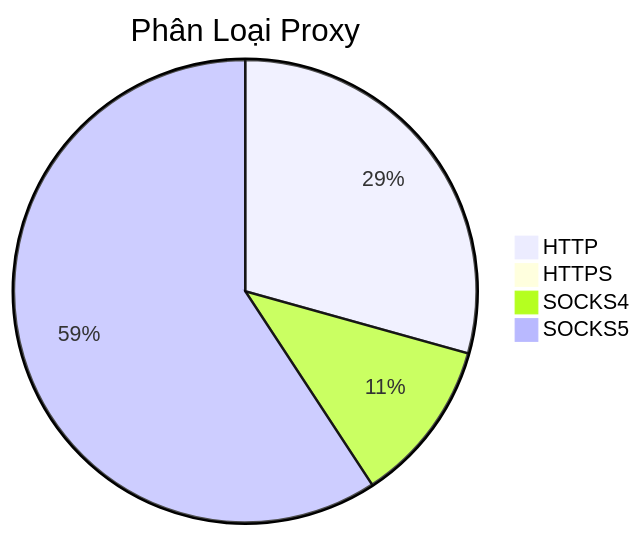
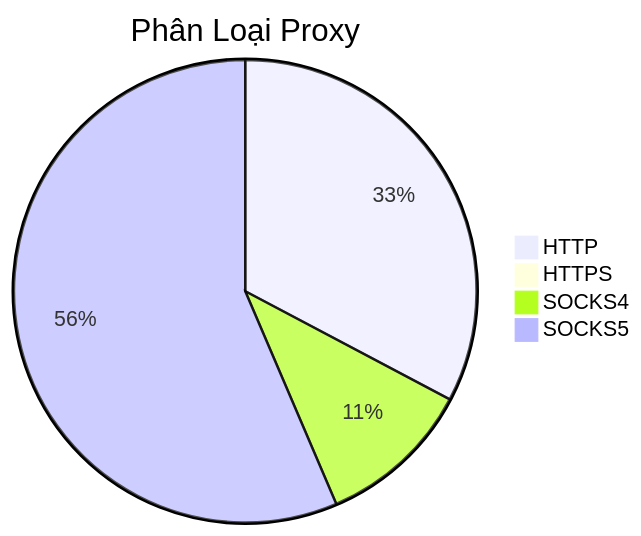
The diagram in README.md (Ciara-Aa/PROXY-free), drawn with Mermaid before and after one commit. The commit also changed other lines of this file and 4 other files, not shown here.

````diff
--- a/README.md
+++ b/README.md
@@ -26,7 +26,7 @@
 ```mermaid
 pie title Phân Loại Proxy
-    "HTTP" : 454
-    "HTTPS" : 4
-    "SOCKS4" : 177
-    "SOCKS5" : 917
+    "HTTP" : 496
+    "HTTPS" : 2
+    "SOCKS4" : 164
+    "SOCKS5" : 855
 ```
````
